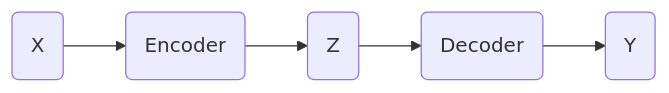
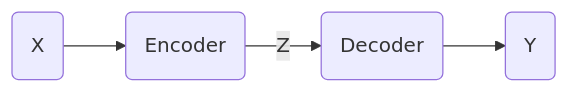
Before and after one commit to rhiga2/notes: the first of 3 diagrams in ArtificialIntelligence/DeepLearning/autoencoders.md, drawn with Mermaid. The commit also changed other lines of this file and 2 other files, not shown here.

Commit message:
Edited mermaid diagram with edge labels

````diff
--- a/ArtificialIntelligence/DeepLearning/autoencoders.md
+++ b/ArtificialIntelligence/DeepLearning/autoencoders.md
@@ -15,7 +15,6 @@
 ```mermaid
 flowchart LR
     A(X) --> B(Encoder)
-    B --> C(Z)
-    C --> D(Decoder)
-    D --> E(Y)
+    B --> |Z| C(Decoder)
+    C --> D(Y)
 ```
````
